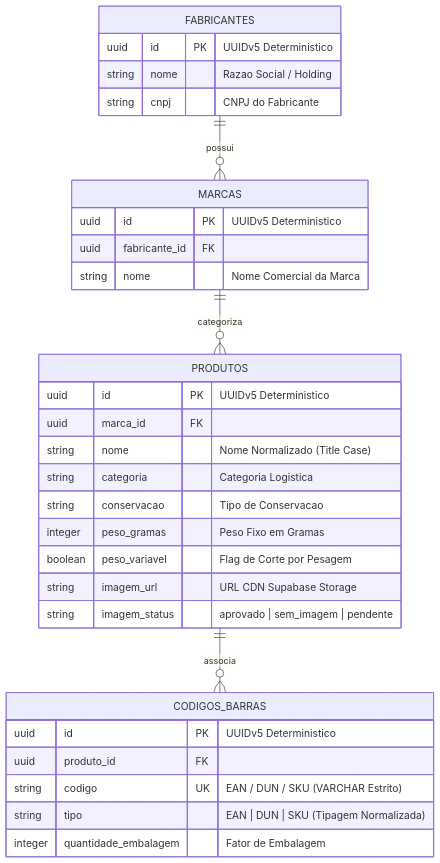
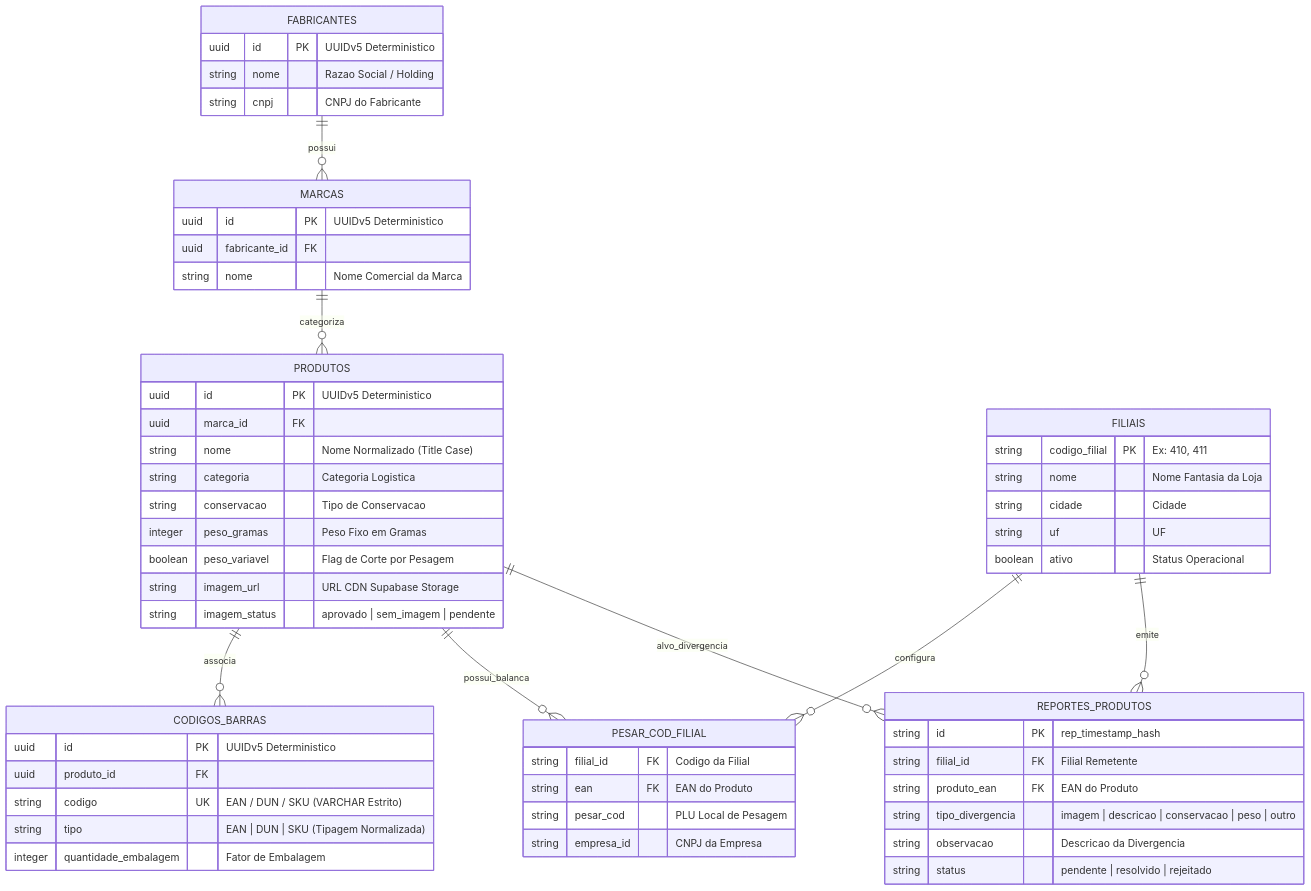
The diagram in docs/schema-manifesto.md (NaejBarbosa/paletscan-etl), drawn with Mermaid before and after one commit. The commit also changed 4 other files, not shown here.

````diff
--- a/docs/schema-manifesto.md
+++ b/docs/schema-manifesto.md
@@ -24,38 +24,66 @@
 ```mermaid
 erDiagram
     FABRICANTES ||--o{ MARCAS : "possui"
     MARCAS ||--o{ PRODUTOS : "categoriza"
     PRODUTOS ||--o{ CODIGOS_BARRAS : "associa"
+    FILIAIS ||--o{ PESAR_COD_FILIAL : "configura"
+    PRODUTOS ||--o{ PESAR_COD_FILIAL : "possui_balanca"
+    FILIAIS ||--o{ REPORTES_PRODUTOS : "emite"
+    PRODUTOS ||--o{ REPORTES_PRODUTOS : "alvo_divergencia"
 
     FABRICANTES {
         uuid id PK "UUIDv5 Deterministico"
         string nome "Razao Social / Holding"
         string cnpj "CNPJ do Fabricante"
     }
 
     MARCAS {
         uuid id PK "UUIDv5 Deterministico"
         uuid fabricante_id FK
         string nome "Nome Comercial da Marca"
     }
 
     PRODUTOS {
         uuid id PK "UUIDv5 Deterministico"
         uuid marca_id FK
         string nome "Nome Normalizado (Title Case)"
         string categoria "Categoria Logistica"
         string conservacao "Tipo de Conservacao"
         integer peso_gramas "Peso Fixo em Gramas"
         boolean peso_variavel "Flag de Corte por Pesagem"
         string imagem_url "URL CDN Supabase Storage"
         string imagem_status "aprovado | sem_imagem | pendente"
     }
 
     CODIGOS_BARRAS {
         uuid id PK "UUIDv5 Deterministico"
         uuid produto_id FK
         string codigo UK "EAN / DUN / SKU (VARCHAR Estrito)"
         string tipo "EAN | DUN | SKU (Tipagem Normalizada)"
         integer quantidade_embalagem "Fator de Embalagem"
     }
+
+    FILIAIS {
+        string codigo_filial PK "Ex: 410, 411"
+        string nome "Nome Fantasia da Loja"
+        string cidade "Cidade"
+        string uf "UF"
+        boolean ativo "Status Operacional"
+    }
+
+    PESAR_COD_FILIAL {
+        string filial_id FK "Codigo da Filial"
+        string ean FK "EAN do Produto"
+        string pesar_cod "PLU Local de Pesagem"
+        string empresa_id "CNPJ da Empresa"
+    }
+
+    REPORTES_PRODUTOS {
+        string id PK "rep_timestamp_hash"
+        string filial_id FK "Filial Remetente"
+        string produto_ean FK "EAN do Produto"
+        string tipo_divergencia "imagem | descricao | conservacao | peso | outro"
+        string observacao "Descricao da Divergencia"
+        string status "pendente | resolvido | rejeitado"
+    }
 ```
````
